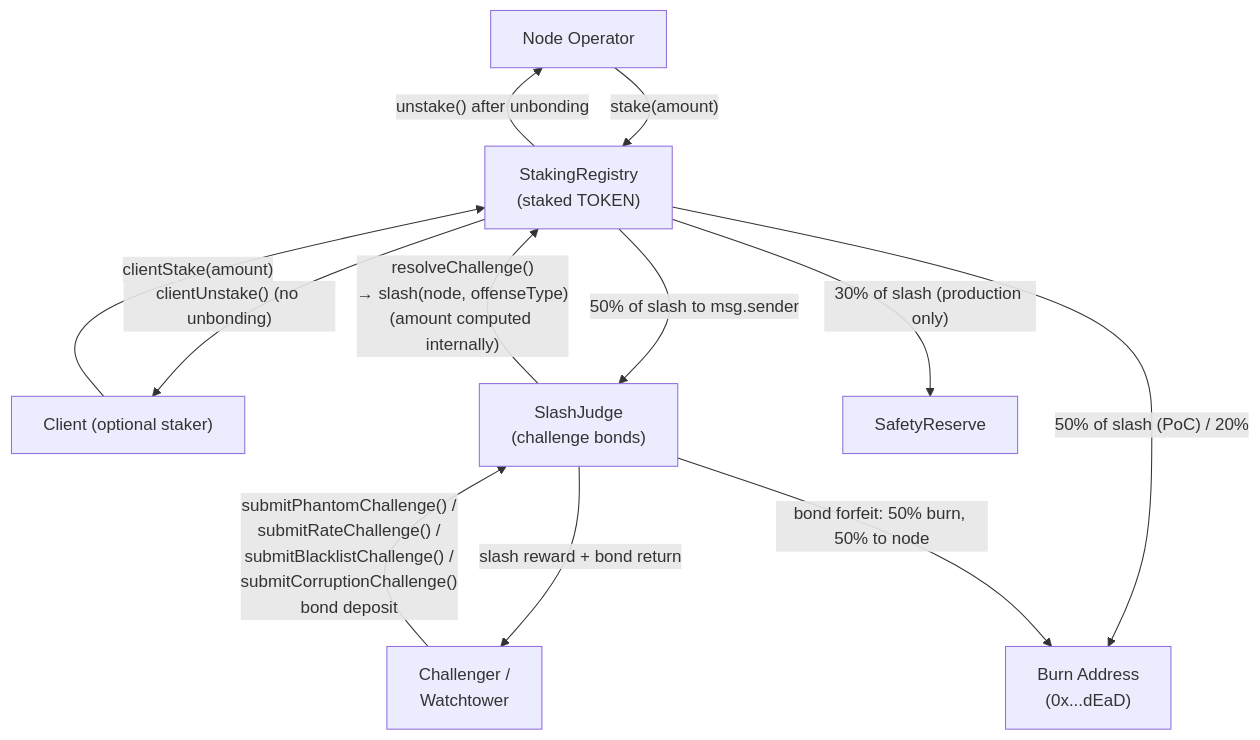
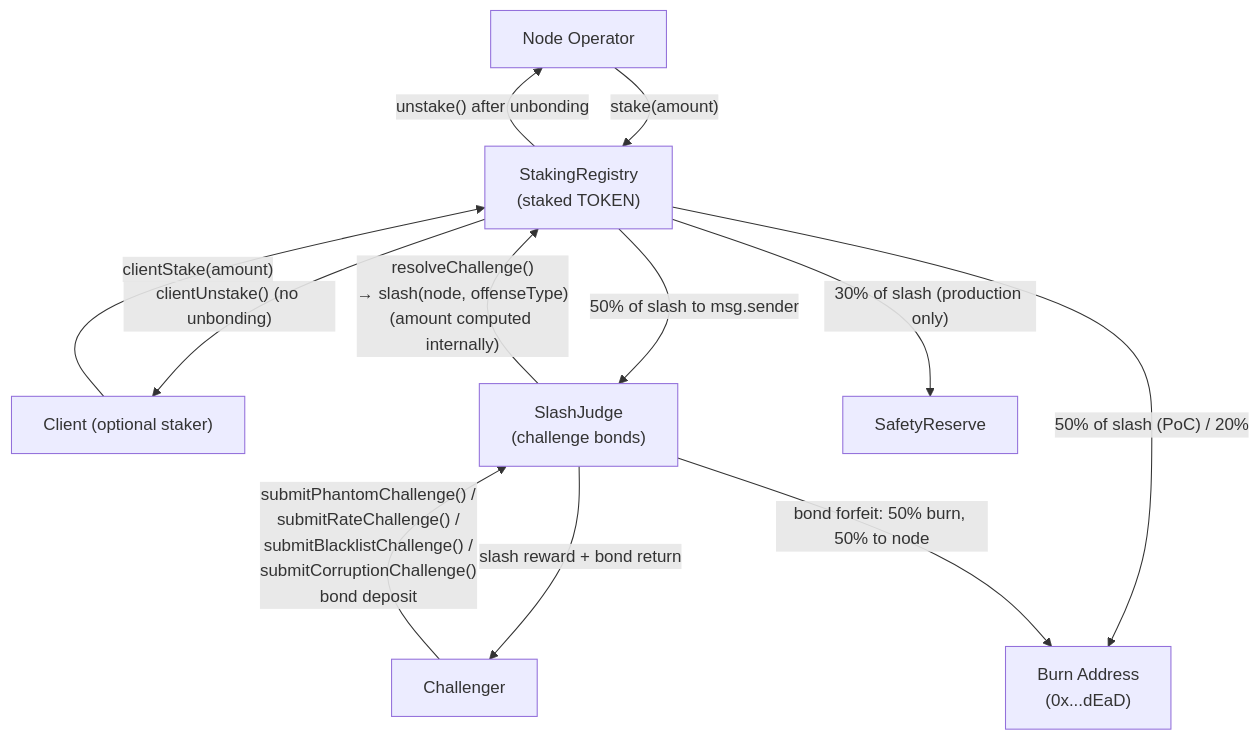
Before and after one commit to decdn/decdn: the fifth of 5 diagrams in adr/016-contract-interactions.md, drawn with Mermaid. The commit also changed other lines of this file and 27 other files, not shown here.

````diff
--- a/adr/016-contract-interactions.md
+++ b/adr/016-contract-interactions.md
@@ -398,22 +391,22 @@
 ```mermaid
 flowchart TD
     Operator["Node Operator"]
     ClientStaker["Client (optional staker)"]
     SR["StakingRegistry<br/>(staked TOKEN)"]
     SJ["SlashJudge<br/>(challenge bonds)"]
-    Challenger["Challenger /<br/>Watchtower"]
+    Challenger["Challenger"]
     SAFE["SafetyReserve"]
     BURN["Burn Address<br/>(0x...dEaD)"]
 
     Operator -->|"stake(amount)"| SR
     SR -->|"unstake() after unbonding"| Operator
     ClientStaker -->|"clientStake(amount)"| SR
     SR -->|"clientUnstake() (no unbonding)"| ClientStaker
     Challenger -->|"submitPhantomChallenge() /<br/>submitRateChallenge() /<br/>submitBlacklistChallenge() /<br/>submitCorruptionChallenge()<br/>bond deposit"| SJ
     SJ -->|"resolveChallenge()<br/>→ slash(node, offenseType)<br/>(amount computed internally)"| SR
     SR -->|"50% of slash to msg.sender"| SJ
     SR -->|"30% of slash (production only)"| SAFE
     SR -->|"50% of slash (PoC) / 20%"| BURN
     SJ -->|"slash reward + bond return"| Challenger
     SJ -->|"bond forfeit: 50% burn, 50% to node"| BURN
 ```
````
